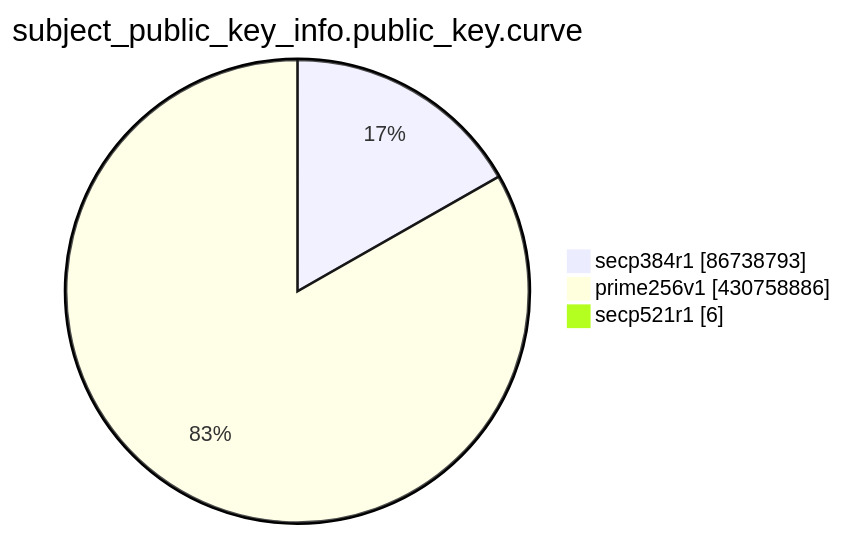
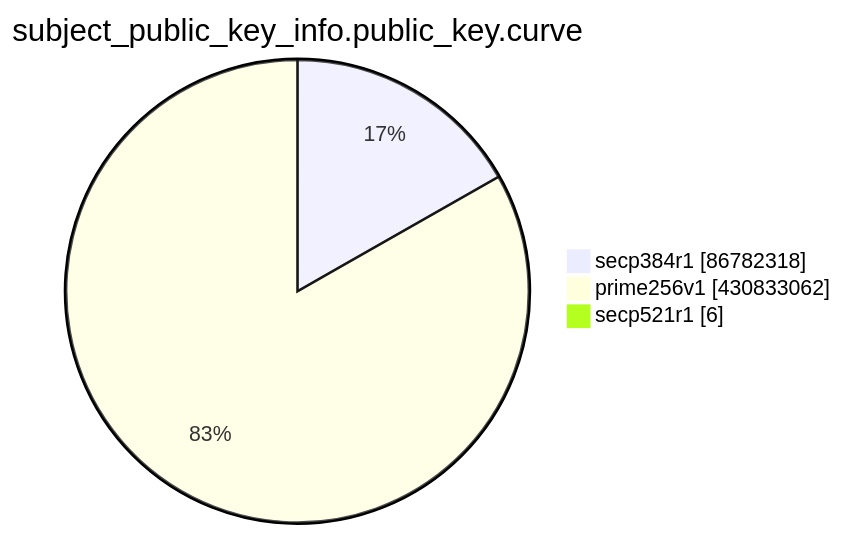
One commit to christiankrug/ctmonitor_visualization changed the eighth of 15 diagrams in TOTAL/README.md. Above: the diagram before and after it, drawn with Mermaid. The commit also changed other lines of this file, not shown here.

````diff
--- a/TOTAL/README.md
+++ b/TOTAL/README.md
@@ -3100,7 +3100,7 @@
 ```mermaid
 pie showData
 title subject_public_key_info.public_key.curve
-"secp384r1" :86738793
-"prime256v1" :430758886
+"secp384r1" :86782318
+"prime256v1" :430833062
 "secp521r1" :6
 ```
````
